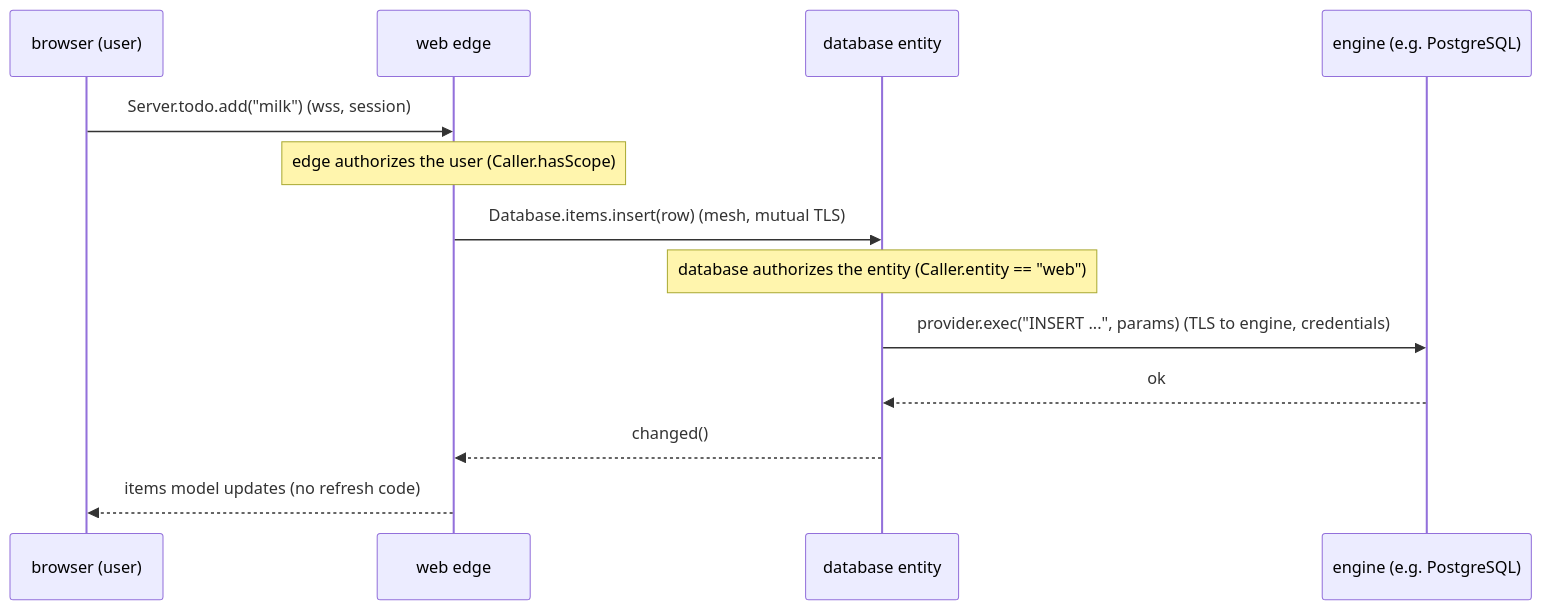
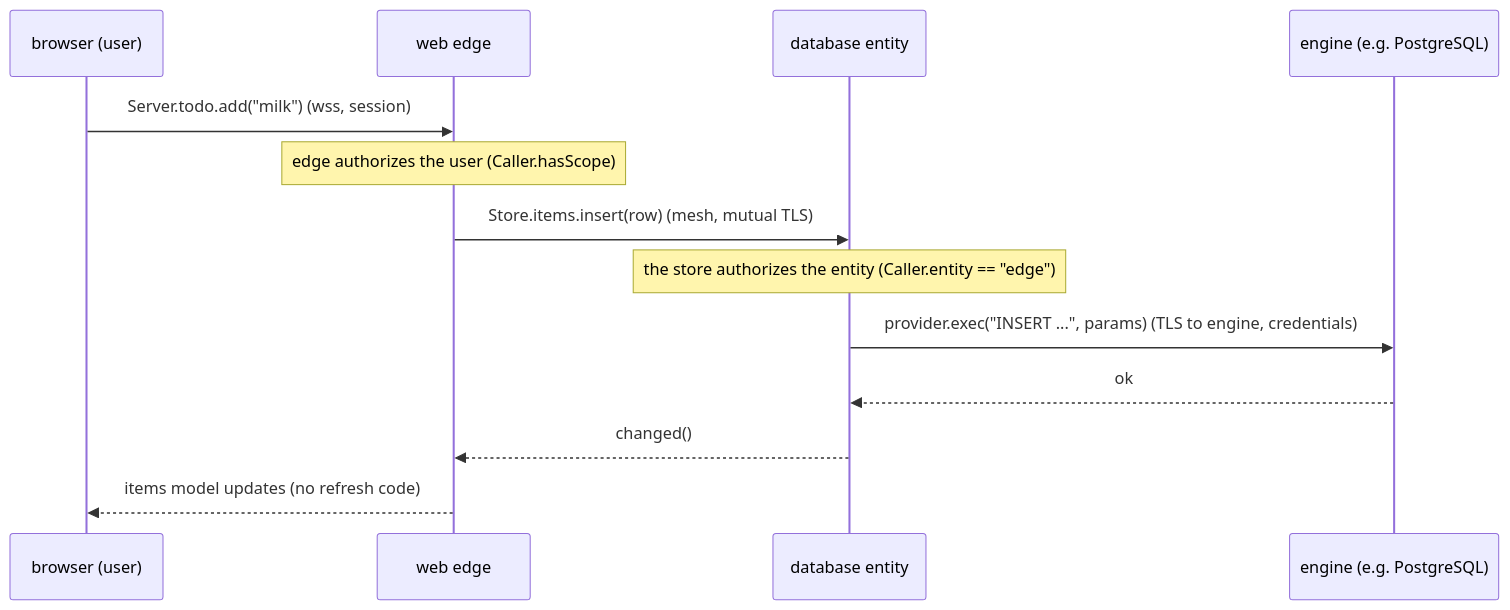
The third of 3 diagrams in docs/providers.md (Kidev/SynQt), drawn with Mermaid before and after one commit. The commit also changed other lines of this file and 36 other files, not shown here.

````diff
--- a/docs/providers.md
+++ b/docs/providers.md
@@ -277,15 +277,15 @@
 ```mermaid
 sequenceDiagram
   participant B as browser (user)
   participant E as web edge
   participant D as database entity
   participant G as engine (e.g. PostgreSQL)
   B->>E: Server.todo.add("milk")  (wss, session)
   Note over E: edge authorizes the user (Caller.hasScope)
-  E->>D: Database.items.insert(row)  (mesh, mutual TLS)
-  Note over D: database authorizes the entity (Caller.entity == "web")
+  E->>D: Store.items.insert(row)  (mesh, mutual TLS)
+  Note over D: the store authorizes the entity (Caller.entity == "edge")
   D->>G: provider.exec("INSERT ...", params)  (TLS to engine, credentials)
   G-->>D: ok
   D-->>E: changed()
   E-->>B: items model updates (no refresh code)
 ```
````
